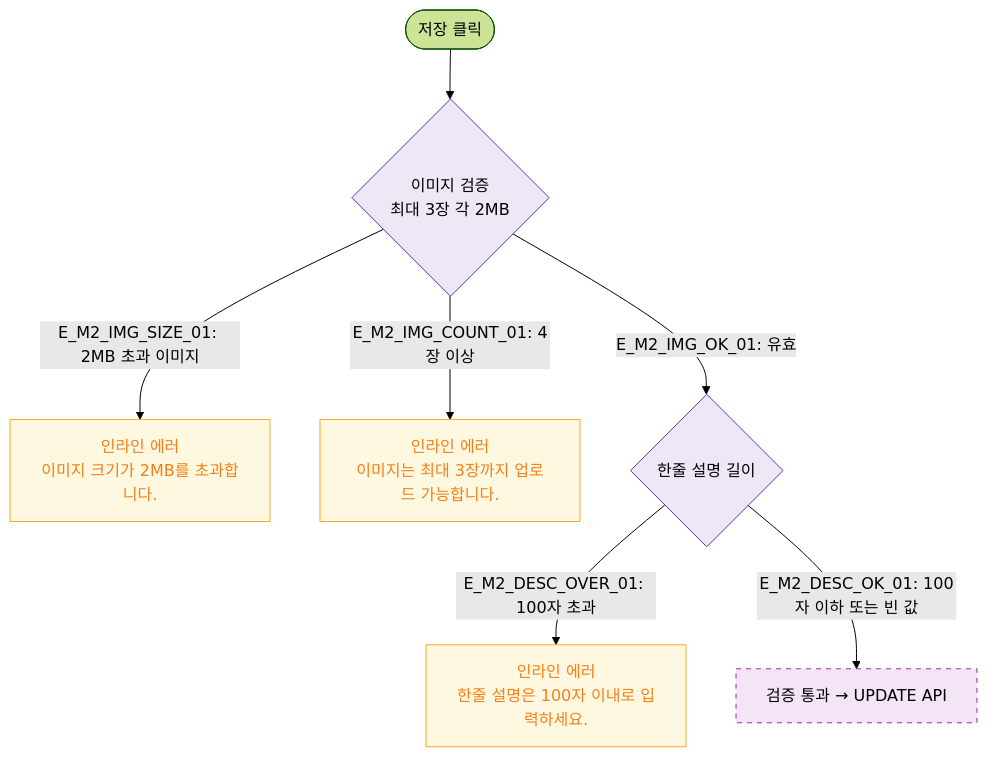
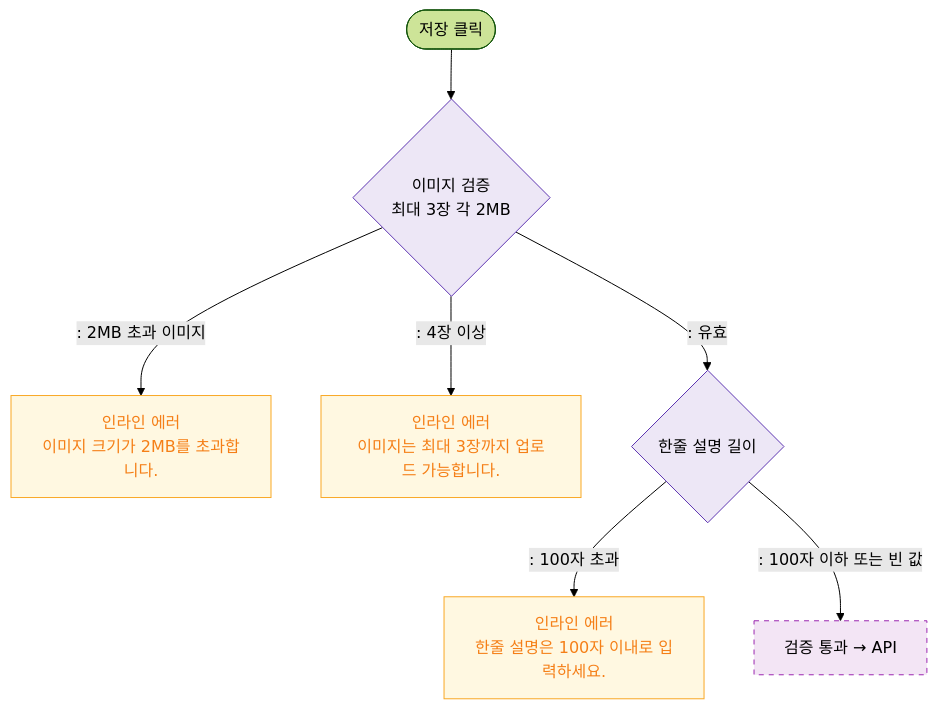
Before and after one commit to dev-spogym/admin-pando: the diagram in docs/다이어그램/D05_상품관리/DLG/DLG-P011_카탈로그편집/M2_필드검증.md, drawn with Mermaid (forest theme). The commit also changed other lines of this file and 1660 other files, not shown here.

First line of the commit message:
다이어그램: 기획자/클라이언트 납품본으로 정리

````diff
--- a/docs/다이어그램/D05_상품관리/DLG/DLG-P011_카탈로그편집/M2_필드검증.md
+++ b/docs/다이어그램/D05_상품관리/DLG/DLG-P011_카탈로그편집/M2_필드검증.md
@@ -16,17 +14,17 @@
 ```mermaid
 flowchart TD
     SUBMIT([저장 클릭]) --> ImgCheck{이미지 검증\n최대 3장 각 2MB}
-    ImgCheck -->|"E_M2_IMG_SIZE_01: 2MB 초과 이미지"| ErrImg[인라인 에러\n이미지 크기가 2MB를 초과합니다.]
-    ImgCheck -->|"E_M2_IMG_COUNT_01: 4장 이상"| ErrCount[인라인 에러\n이미지는 최대 3장까지 업로드 가능합니다.]
-    ImgCheck -->|"E_M2_IMG_OK_01: 유효"| DescCheck{한줄 설명 길이}
+    ImgCheck -->|": 2MB 초과 이미지"|ErrImg[인라인 에러\n이미지 크기가 2MB를 초과합니다.]
+    ImgCheck -->|": 4장 이상"|ErrCount[인라인 에러\n이미지는 최대 3장까지 업로드 가능합니다.]
+    ImgCheck -->|": 유효"|DescCheck{한줄 설명 길이}
 
-    DescCheck -->|"E_M2_DESC_OVER_01: 100자 초과"| ErrDesc[인라인 에러\n한줄 설명은 100자 이내로 입력하세요.]
-    DescCheck -->|"E_M2_DESC_OK_01: 100자 이하 또는 빈 값"| Pass[검증 통과 → UPDATE API]
+    DescCheck -->|": 100자 초과"|ErrDesc[인라인 에러\n한줄 설명은 100자 이내로 입력하세요.]
+    DescCheck -->|": 100자 이하 또는 빈 값"|Pass[검증 통과 → API]
 
     classDef newFeature fill:#F3E5F5,stroke:#9C27B0,stroke-dasharray:5 5
     classDef warning fill:#FFF8E1,stroke:#F9A825,color:#F57F17
     classDef system fill:#EDE7F6,stroke:#5E35B2
     class Pass newFeature
     class ErrImg,ErrCount,ErrDesc warning
     class ImgCheck,DescCheck system
 ```
````
